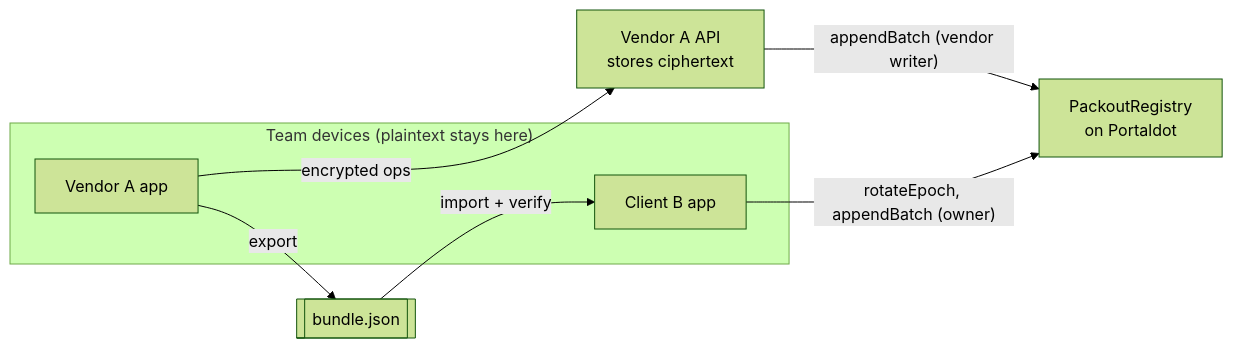
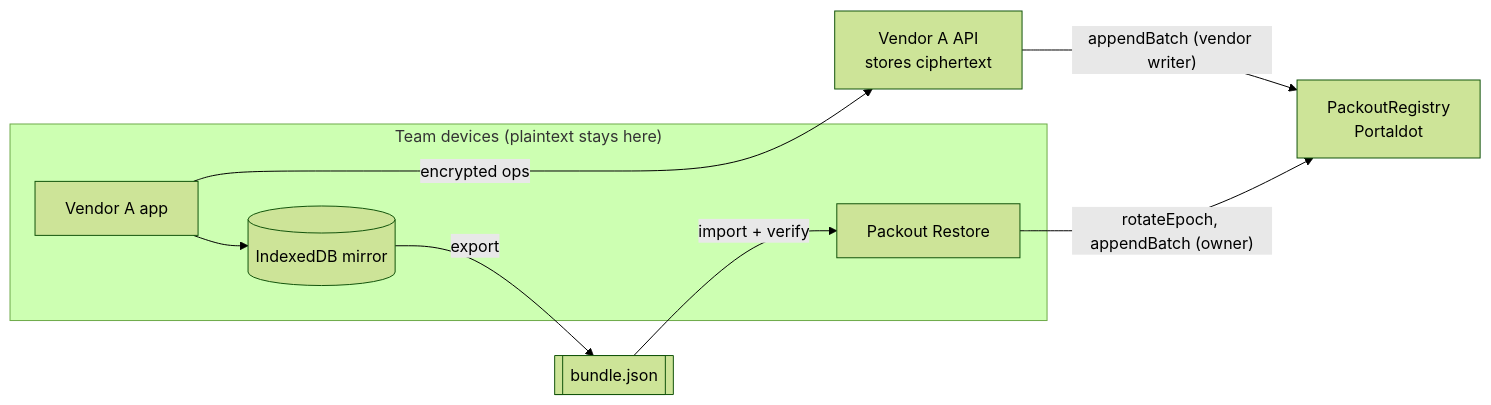
One commit to Dylansius11/packout changed the second of 6 diagrams in README.md. Above: the diagram before and after it, drawn with Mermaid (forest theme). The commit also changed other lines of this file, not shown here.

First line of the commit message:
docs(readme): rewrite the README around the problem, flow, evidence and roadmap

````diff
--- a/README.md
+++ b/README.md
@@ -28,15 +107,17 @@
 ```mermaid
 flowchart LR
   subgraph Devices["Team devices (plaintext stays here)"]
     VA["Vendor A app"]
-    CB["Client B app"]
+    CB["Packout Restore"]
+    M[("IndexedDB mirror")]
   end
   API["Vendor A API<br/>stores ciphertext"]
-  REG["PackoutRegistry<br/>on Portaldot"]
+  REG["PackoutRegistry<br/>Portaldot"]
   F[["bundle.json"]]
   VA -- "encrypted ops" --> API
   API -- "appendBatch (vendor writer)" --> REG
-  VA -- "export" --> F
+  VA --> M
+  M -- "export" --> F
   F -- "import + verify" --> CB
   CB -- "rotateEpoch, appendBatch (owner)" --> REG
 ```
````
